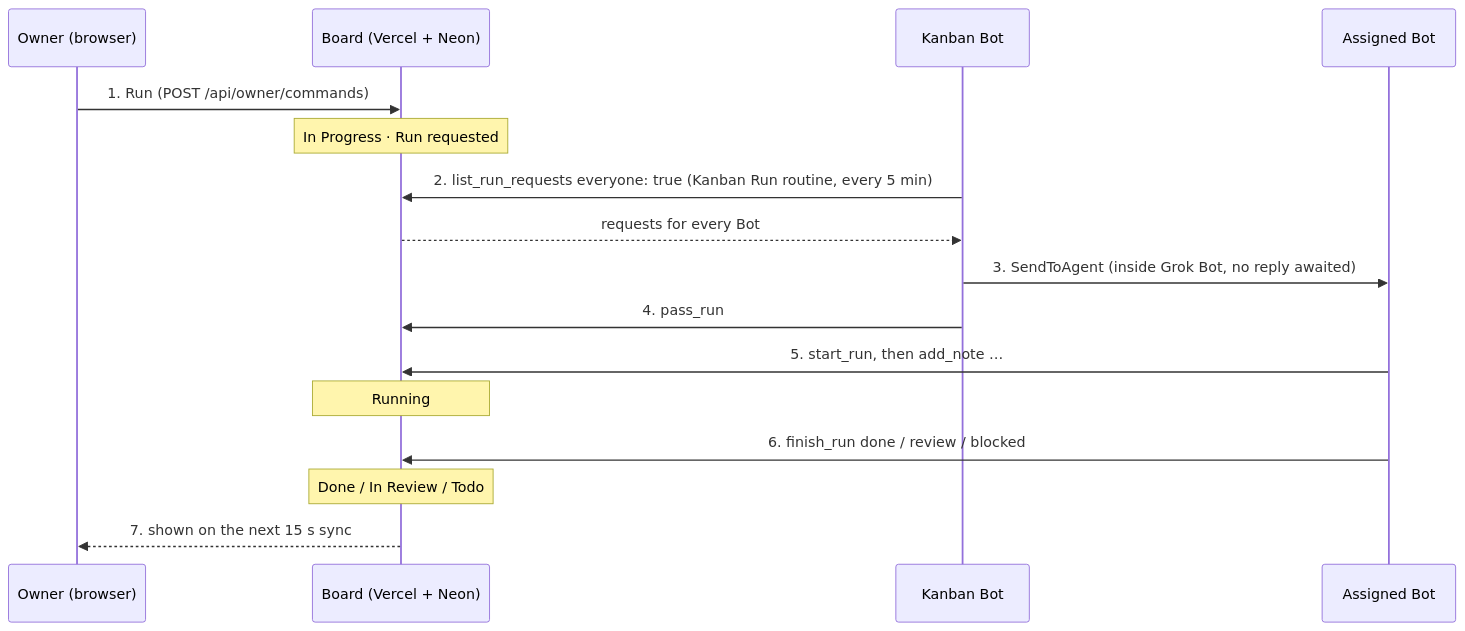
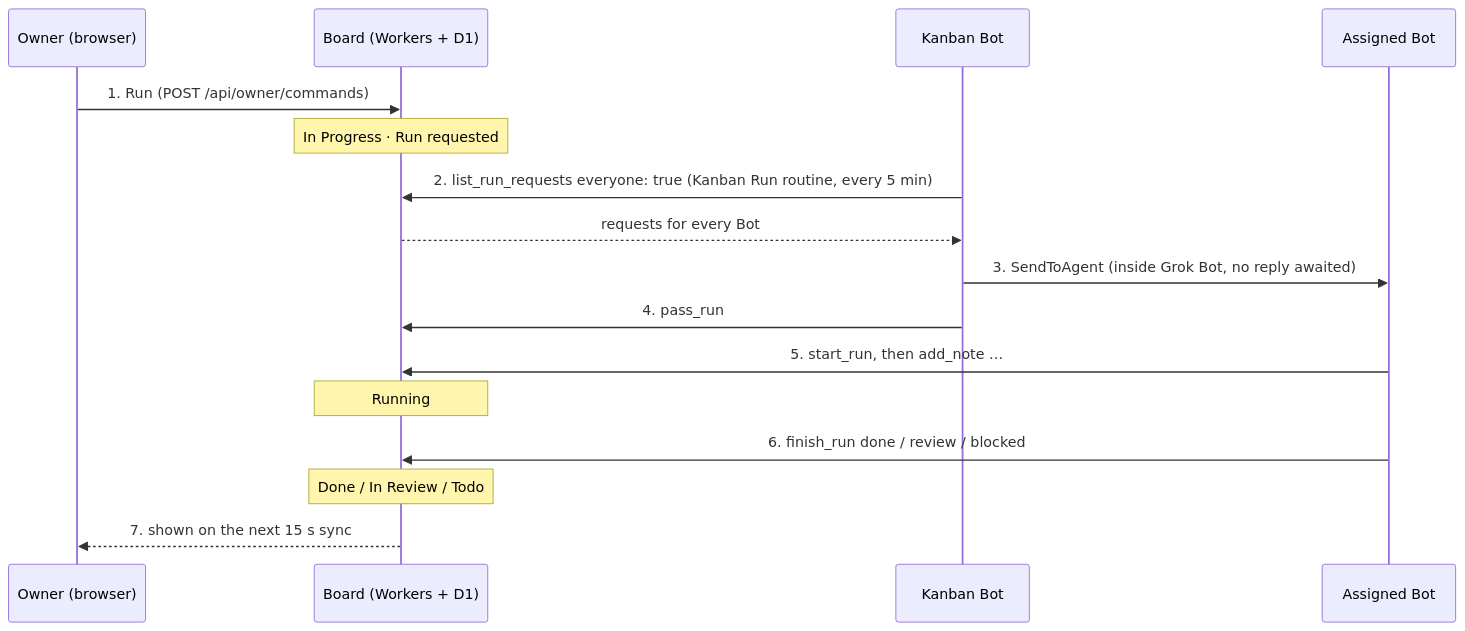
Before and after one commit to s-hiraoku/hab-kanban: the second of 2 diagrams in docs/architecture.md, drawn with Mermaid. The commit also changed other lines of this file and 26 other files, not shown here.

First line of the commit message:
Move the board from Neon and Vercel to Cloudflare D1 and Workers

````diff
--- a/docs/architecture.md
+++ b/docs/architecture.md
@@ -52,18 +52,18 @@
 ```mermaid
 sequenceDiagram
     participant O as Owner (browser)
-    participant B as Board (Vercel + Neon)
+    participant B as Board (Workers + D1)
     participant K as Kanban Bot
     participant T as Assigned Bot
     O->>B: 1. Run (POST /api/owner/commands)
     Note over B: In Progress · Run requested
     K->>B: 2. list_run_requests everyone: true (Kanban Run routine, every 5 min)
     B-->>K: requests for every Bot
     K->>T: 3. SendToAgent (inside Grok Bot, no reply awaited)
     K->>B: 4. pass_run
     T->>B: 5. start_run, then add_note …
     Note over B: Running
     T->>B: 6. finish_run done / review / blocked
     Note over B: Done / In Review / Todo
     B-->>O: 7. shown on the next 15 s sync
 ```
````
